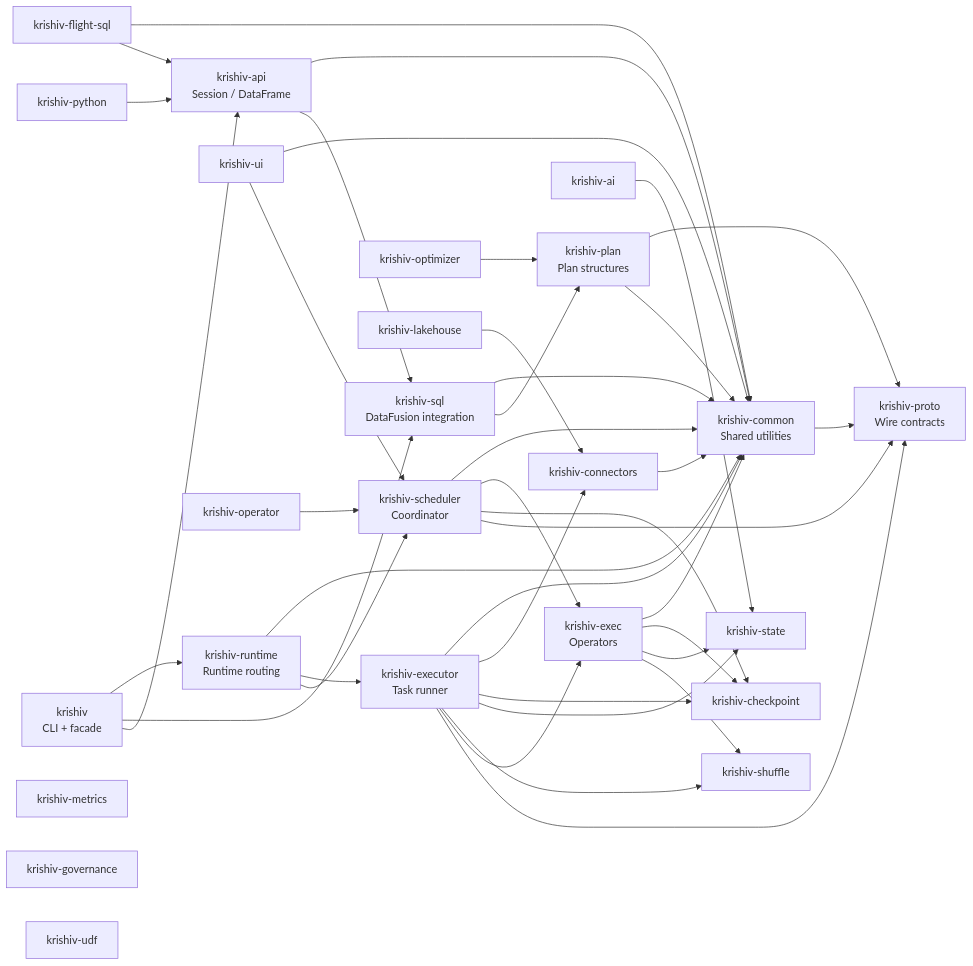
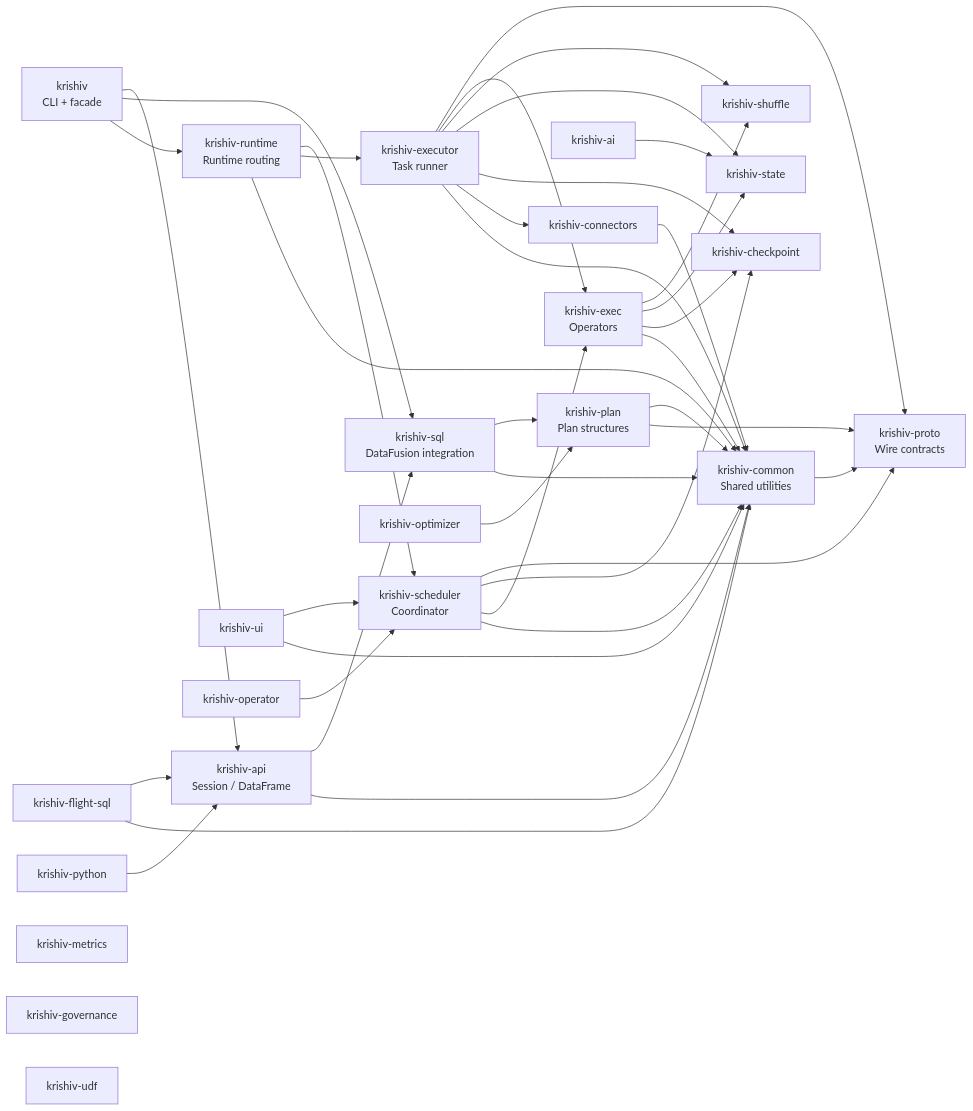
The second of 4 diagrams in docs/architecture.md (KrishivAI/krishiv), drawn with Mermaid before and after one commit. The commit also changed other lines of this file and 31 other files, not shown here.

First line of the commit message:
Remove krishiv-lakehouse crate; use krishiv-connectors::lakehouse

````diff
--- a/docs/architecture.md
+++ b/docs/architecture.md
@@ -105,67 +104,64 @@
 ```mermaid
 flowchart LR
   CLI["krishiv<br/>CLI + facade"]
   API["krishiv-api<br/>Session / DataFrame"]
   SQL["krishiv-sql<br/>DataFusion integration"]
   PLAN["krishiv-plan<br/>Plan structures"]
   RUNTIME["krishiv-runtime<br/>Runtime routing"]
   SCHED["krishiv-scheduler<br/>Coordinator"]
   EXEC["krishiv-exec<br/>Operators"]
   EXECUTOR["krishiv-executor<br/>Task runner"]
   PROTO["krishiv-proto<br/>Wire contracts"]
   SHUFFLE["krishiv-shuffle"]
   STATE["krishiv-state"]
   CKPT["krishiv-checkpoint"]
   CONN["krishiv-connectors"]
   OPT["krishiv-optimizer"]
   COMMON["krishiv-common<br/>Shared utilities"]
   FLIGHT["krishiv-flight-sql"]
   PYTHON["krishiv-python"]
   UI["krishiv-ui"]
   METRICS["krishiv-metrics"]
   GOV["krishiv-governance"]
   UDF["krishiv-udf"]
   AI["krishiv-ai"]
   OPS["krishiv-operator"]
-  LH["krishiv-lakehouse"]
-
   CLI --> API
   CLI --> SQL
   CLI --> RUNTIME
   API --> SQL
   API --> COMMON
   SQL --> PLAN
   SQL --> COMMON
   PLAN --> COMMON
   PLAN --> PROTO
   RUNTIME --> SCHED
   RUNTIME --> EXECUTOR
   RUNTIME --> COMMON
   SCHED --> PROTO
   SCHED --> CKPT
   SCHED --> EXEC
   SCHED --> COMMON
   EXECUTOR --> PROTO
   EXECUTOR --> EXEC
   EXECUTOR --> SHUFFLE
   EXECUTOR --> STATE
   EXECUTOR --> CKPT
   EXECUTOR --> CONN
   EXECUTOR --> COMMON
   EXEC --> SHUFFLE
   EXEC --> STATE
   EXEC --> CKPT
   EXEC --> COMMON
   CONN --> COMMON
   OPT --> PLAN
   FLIGHT --> API
   FLIGHT --> COMMON
   PYTHON --> API
   UI --> SCHED
   UI --> COMMON
   OPS --> SCHED
-  LH --> CONN
   AI --> STATE
 
   COMMON --> PROTO
 ```
````
